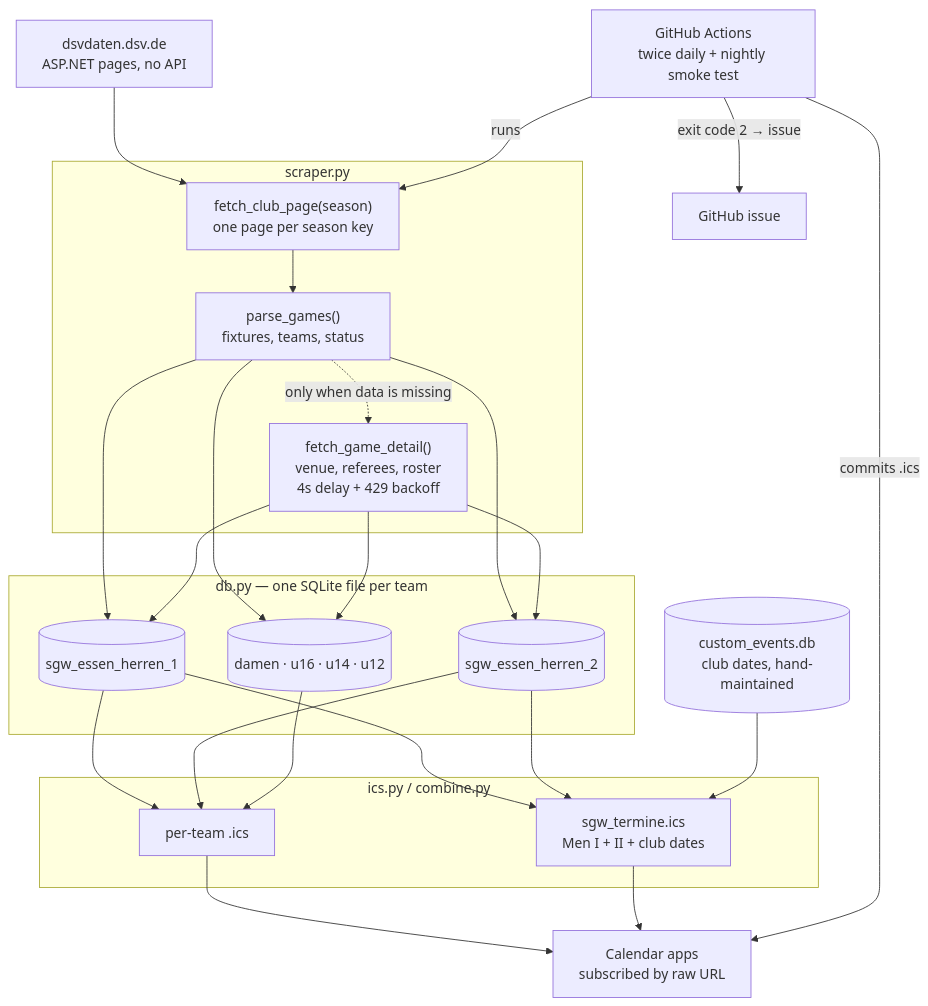
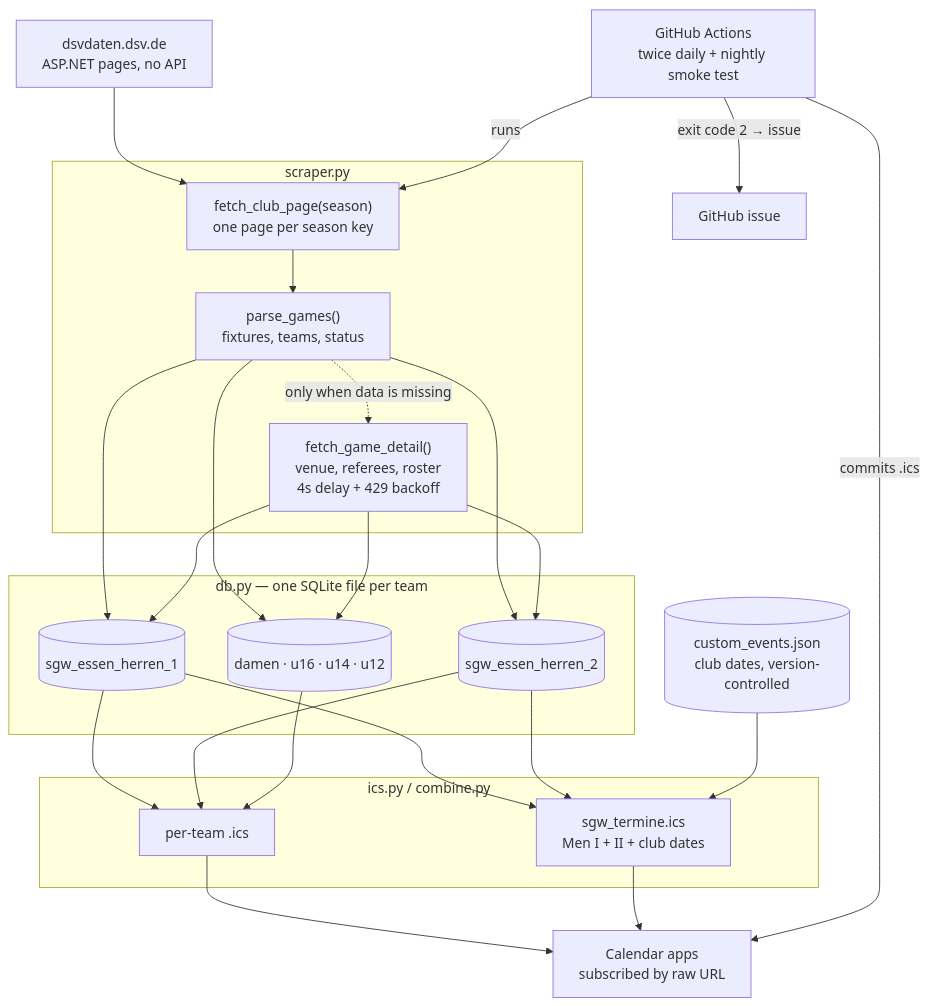
The diagram in docs/ARCHITECTURE.md (SeSIx/SGW-Essen-Calendar), drawn with Mermaid before and after one commit. The commit also changed other lines of this file and 5 other files, not shown here.

First line of the commit message:
fix: version-control club dates so automation stops deleting them

````diff
--- a/docs/ARCHITECTURE.md
+++ b/docs/ARCHITECTURE.md
@@ -5,34 +5,34 @@
 ```mermaid
 flowchart TD
     DSV["dsvdaten.dsv.de<br/>ASP.NET pages, no API"]
 
     subgraph scrape["scraper.py"]
         CLUB["fetch_club_page(season)<br/>one page per season key"]
         PARSE["parse_games()<br/>fixtures, teams, status"]
         DETAIL["fetch_game_detail()<br/>venue, referees, roster<br/>4s delay + 429 backoff"]
     end
 
     subgraph store["db.py — one SQLite file per team"]
         H1[(sgw_essen_herren_1)]
         H2[(sgw_essen_herren_2)]
         REST[(damen · u16 · u14 · u12)]
     end
 
     subgraph render["ics.py / combine.py"]
         TEAM["per-team .ics"]
         MERGE["sgw_termine.ics<br/>Men I + II + club dates"]
     end
 
-    CUSTOM[("custom_events.db<br/>club dates, hand-maintained")]
+    CUSTOM[("custom_events.json<br/>club dates, version-controlled")]
     SUBS["Calendar apps<br/>subscribed by raw URL"]
 
     DSV --> CLUB --> PARSE --> H1 & H2 & REST
     PARSE -.->|"only when data is missing"| DETAIL --> H1 & H2 & REST
     H1 & H2 & REST --> TEAM --> SUBS
     H1 & H2 --> MERGE --> SUBS
     CUSTOM --> MERGE
 
     GHA["GitHub Actions<br/>twice daily + nightly smoke test"] -->|runs| CLUB
     GHA -->|commits .ics| SUBS
     GHA -->|"exit code 2 → issue"| ALARM["GitHub issue"]
 ```
````
